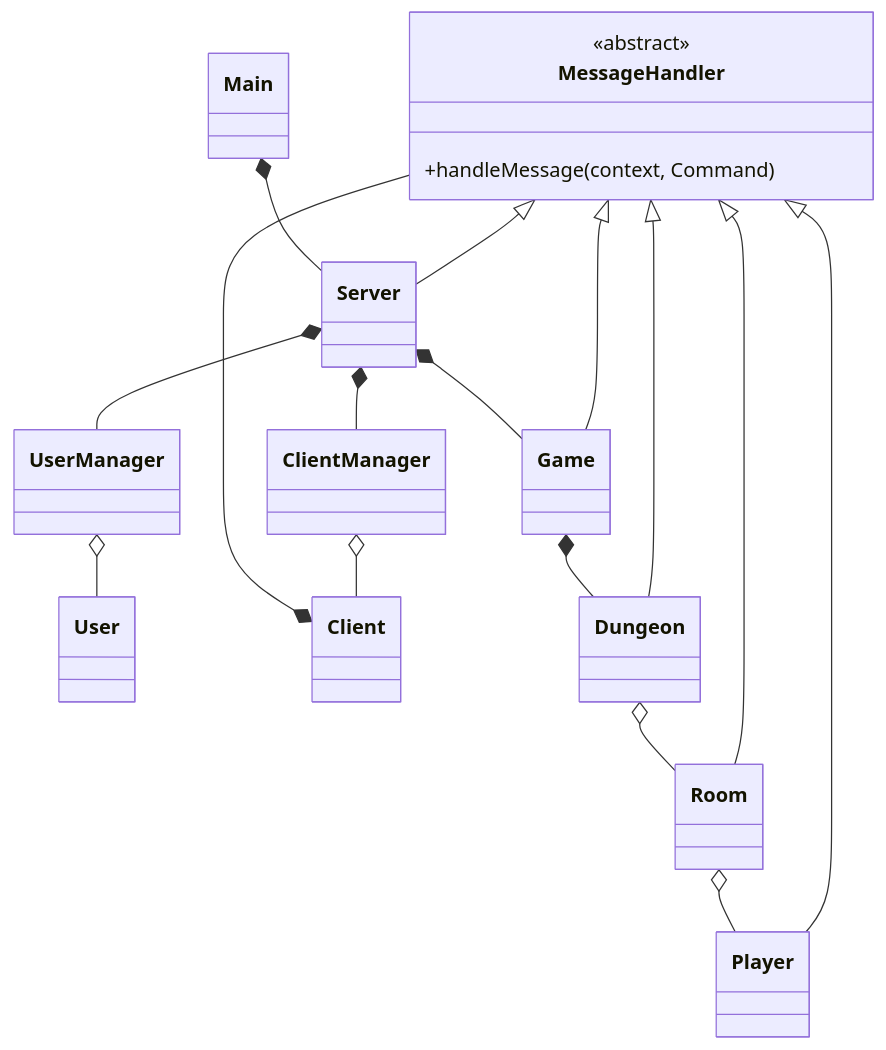
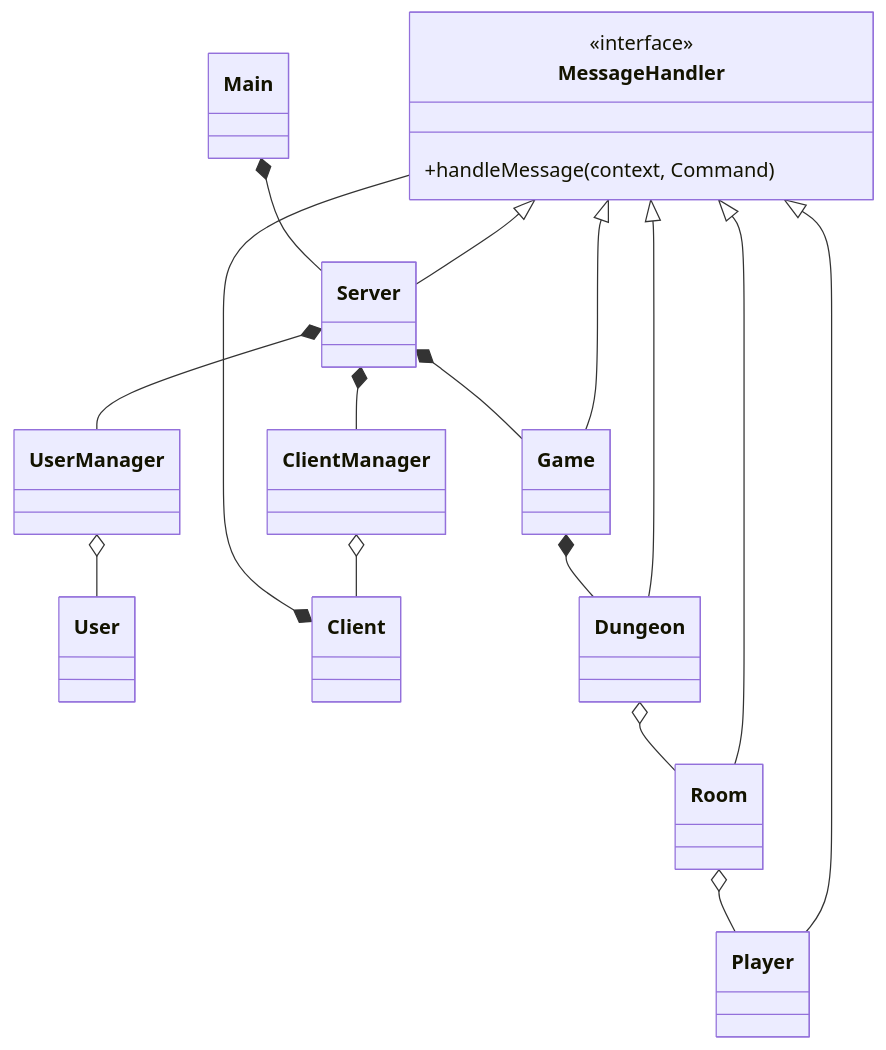
One commit to GeenDutchman/LHF-MUD changed the first of 2 diagrams in gameserver/src/main/java/com/lhf/server/serverDesign.md. Above: the diagram before and after it, drawn with Mermaid. The commit also changed 1 other file, not shown here.

Commit message:
As an interface

````diff
--- a/gameserver/src/main/java/com/lhf/server/serverDesign.md
+++ b/gameserver/src/main/java/com/lhf/server/serverDesign.md
@@ -1,42 +1,42 @@
 ```mermaid
 classDiagram
     class MessageHandler
-    <<abstract>> MessageHandler
+    <<interface>> MessageHandler
     MessageHandler: +handleMessage(context, Command)
     class Main
     class Server
     class UserManager
     class User
     class ClientManager
     class Client
     class Game
     class Dungeon
     class Room
     class Player
 
     MessageHandler <|-- Player
     MessageHandler <|-- Room
     MessageHandler <|-- Dungeon
     MessageHandler <|-- Game
     MessageHandler <|-- Server
     
     
 
     Main *-- Server
 
     Server *-- UserManager
     Server *-- ClientManager
     Server *-- Game
 
     ClientManager o-- Client
 
     Client *-- MessageHandler
 
     UserManager o-- User
 
     Game *-- Dungeon
 
     Dungeon o-- Room
 
     Room o-- Player
 ```
````
